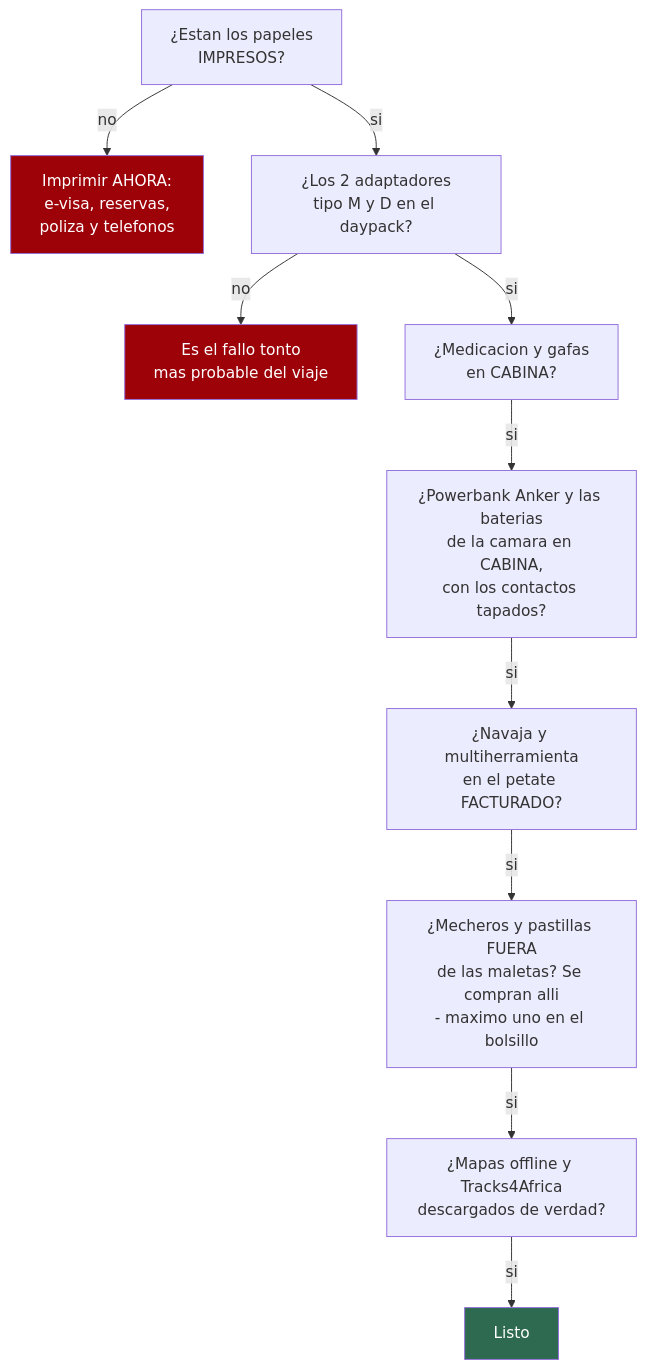
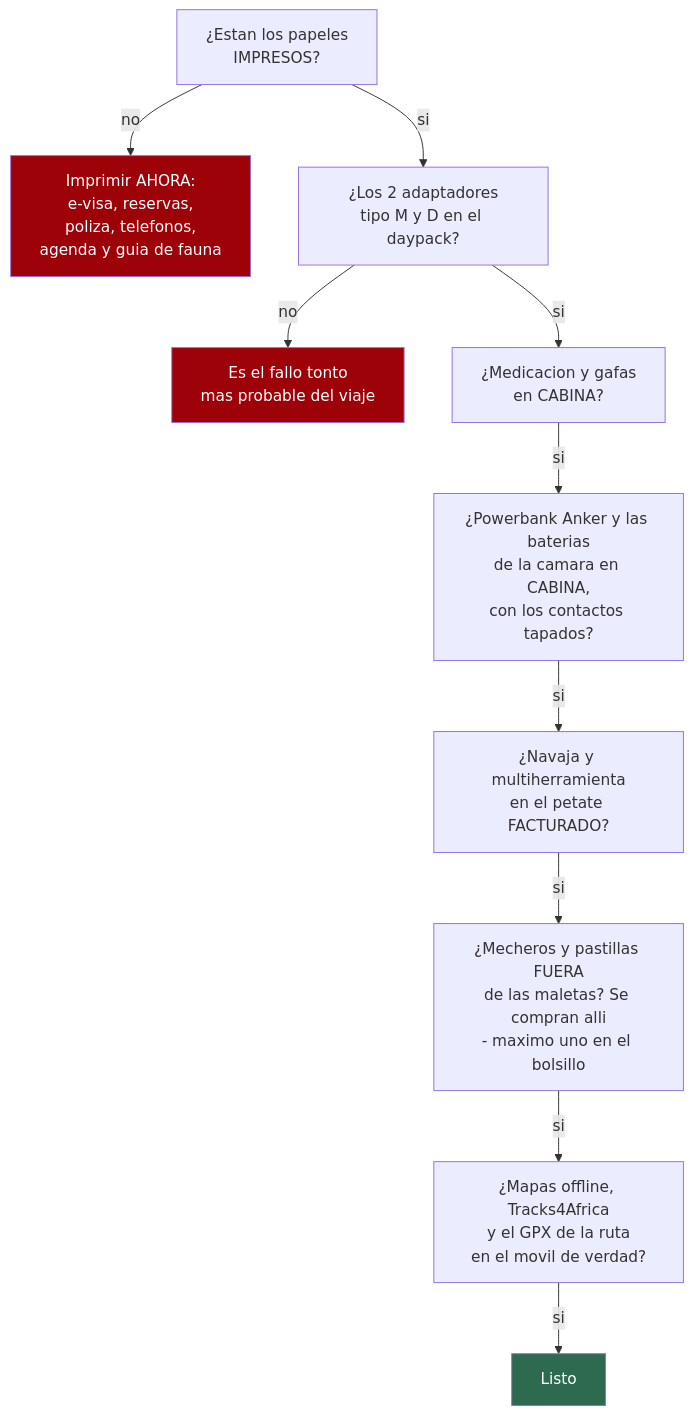
The third of 3 diagrams in 17-lista-de-equipaje.md (morandeirachema/namibia), drawn with Mermaid before and after one commit. The commit also changed other lines of this file, not shown here.

First line of the commit message:
El 17 lleva lo que imprime el propio repo: la agenda, la guía de fauna, la lámina y el GPX

````diff
--- a/17-lista-de-equipaje.md
+++ b/17-lista-de-equipaje.md
@@ -1059,15 +1066,15 @@
 ```mermaid
 flowchart TD
-    A["¿Estan los papeles<br/>IMPRESOS?"] -->|"no"| A1["Imprimir AHORA:<br/>e-visa, reservas,<br/>poliza y telefonos"]
+    A["¿Estan los papeles<br/>IMPRESOS?"] -->|"no"| A1["Imprimir AHORA:<br/>e-visa, reservas,<br/>poliza, telefonos,<br/>agenda y guia de fauna"]
     A -->|"si"| B["¿Los 2 adaptadores<br/>tipo M y D en el daypack?"]
     B -->|"no"| B1["Es el fallo tonto<br/>mas probable del viaje"]
     B -->|"si"| C["¿Medicacion y gafas<br/>en CABINA?"]
     C -->|"si"| C2["¿Powerbank Anker y las baterias<br/>de la camara en CABINA,<br/>con los contactos tapados?"]
     C2 -->|"si"| D["¿Navaja y multiherramienta<br/>en el petate FACTURADO?"]
     D -->|"si"| G["¿Mecheros y pastillas FUERA<br/>de las maletas? Se compran alli<br/>- maximo uno en el bolsillo"]
-    G -->|"si"| E["¿Mapas offline y Tracks4Africa<br/>descargados de verdad?"]
+    G -->|"si"| E["¿Mapas offline, Tracks4Africa<br/>y el GPX de la ruta<br/>en el movil de verdad?"]
     E -->|"si"| F["Listo"]
     style A1 fill:#9d0208,color:#fff
     style B1 fill:#9d0208,color:#fff
     style F fill:#2d6a4f,color:#fff
 ```
````
